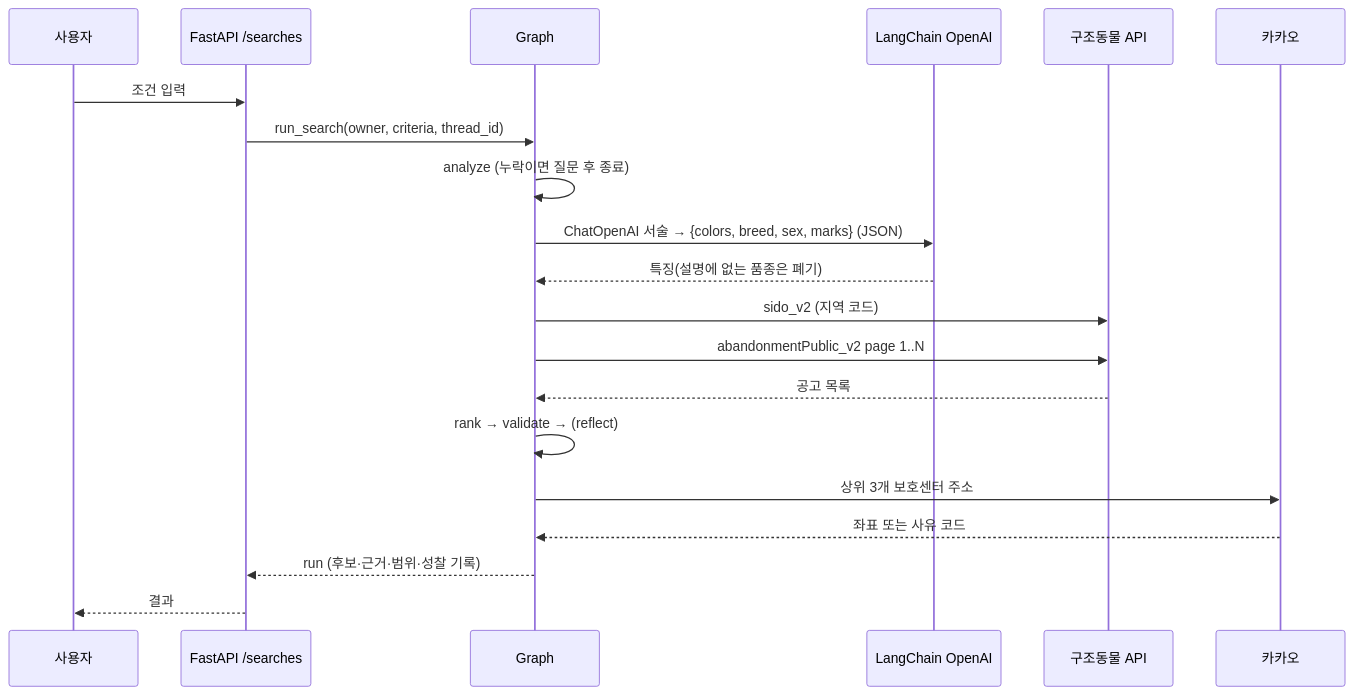
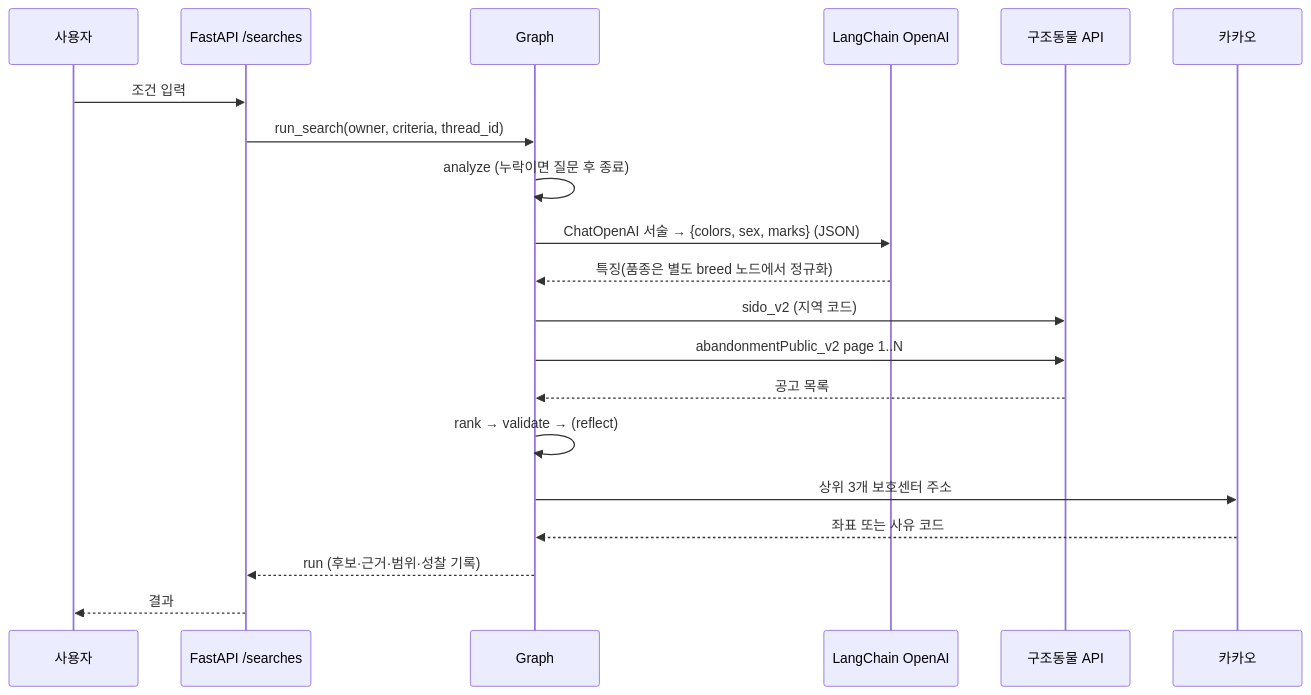
Before and after one commit to aio-03-p2-team1/aio-03-p2-team1: the second of 3 diagrams in docs/architecture.md, drawn with Mermaid. The commit also changed other lines of this file and 18 other files, not shown here.

````diff
--- a/docs/architecture.md
+++ b/docs/architecture.md
@@ -87,22 +88,22 @@
 ```mermaid
 sequenceDiagram
   participant U as 사용자
   participant API as FastAPI /searches
   participant G as Graph
   participant LLM as LangChain OpenAI
   participant AN as 구조동물 API
   participant K as 카카오
   U->>API: 조건 입력
   API->>G: run_search(owner, criteria, thread_id)
   G->>G: analyze (누락이면 질문 후 종료)
-  G->>LLM: ChatOpenAI 서술 → {colors, breed, sex, marks} (JSON)
-  LLM-->>G: 특징(설명에 없는 품종은 폐기)
+  G->>LLM: ChatOpenAI 서술 → {colors, sex, marks} (JSON)
+  LLM-->>G: 특징(품종은 별도 breed 노드에서 정규화)
   G->>AN: sido_v2 (지역 코드)
   G->>AN: abandonmentPublic_v2 page 1..N
   AN-->>G: 공고 목록
   G->>G: rank → validate → (reflect)
   G->>K: 상위 3개 보호센터 주소
   K-->>G: 좌표 또는 사유 코드
   G-->>API: run (후보·근거·범위·성찰 기록)
   API-->>U: 결과
 ```
````
